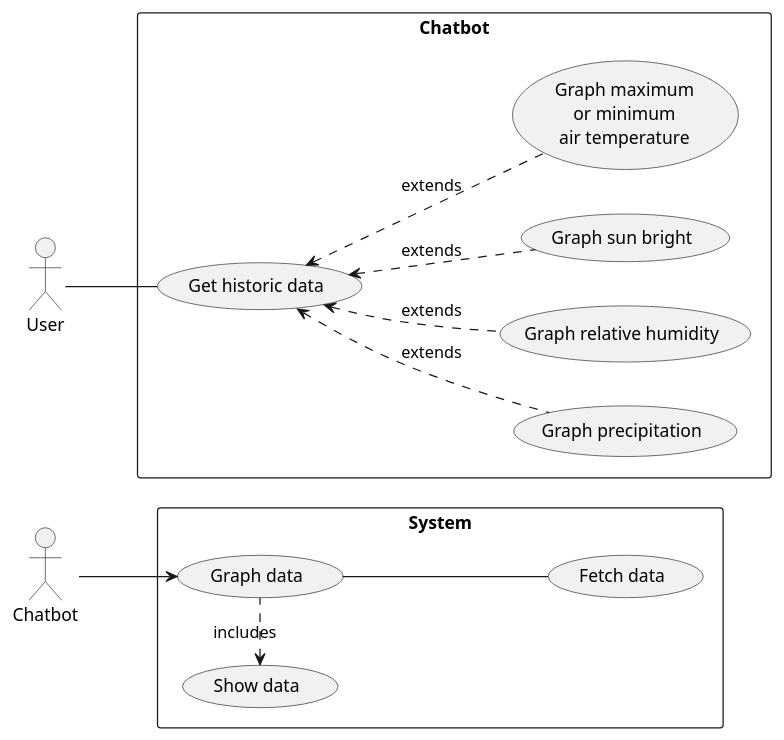
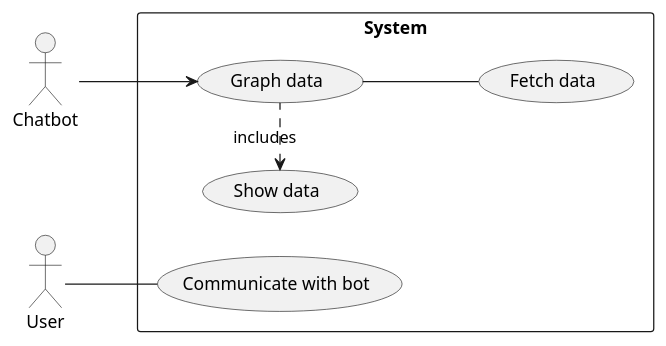
Before and after one commit to Ataches/MiCosecha_Design: the diagram in Use_cases/Use_case_chatbot.puml, drawn with PlantUML. The commit also changed 3 other files, not shown here.

Commit message:
fix: BPMN diagrams

```diff
--- a/Use_cases/Use_case_chatbot.puml
+++ b/Use_cases/Use_case_chatbot.puml
@@ -1,35 +1,23 @@
 @startuml
 'https://plantuml.com/use-case-diagram
 left to right direction
 skinparam packageStyle rect
 
 actor Chatbot as chat
 actor User as user
 
-package Chatbot{
-    (Graph precipitation) as prec
-    (Graph relative humidity) as rhum
-    (Graph sun bright) as sbright
-    (Graph maximum\nor minimum\nair temperature) as (temp)
-
-    (Get historic data) as historic
+package System{
+    (Communicate with bot) as historic
 
     user -- historic
 
-    historic <.. prec :extends
-    historic <.. rhum :extends
-    historic <.. sbright :extends
-    historic <.. temp :extends
-}
-
-package System{
     (Graph data) as graph
     (Show data) as show_data
     (Fetch data) as fetch
 
     show_data <. graph :includes
     graph -- fetch
 }
 
 chat --> graph
 @enduml
```
